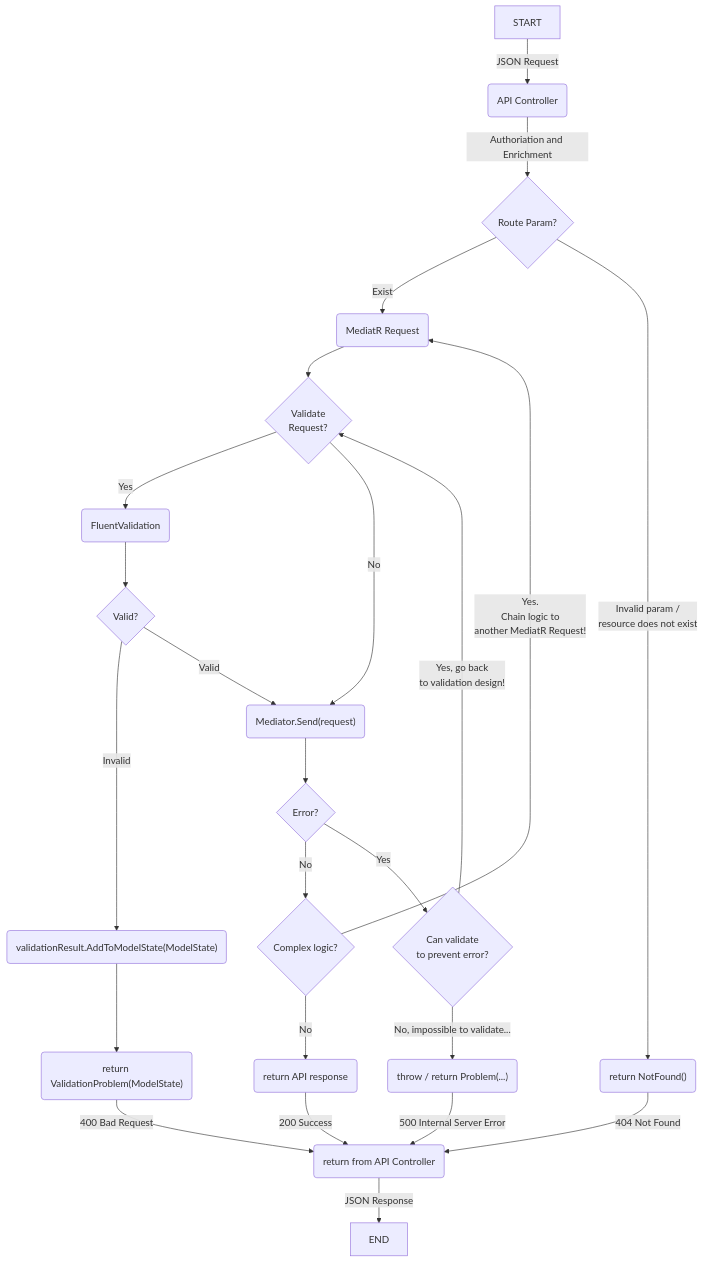
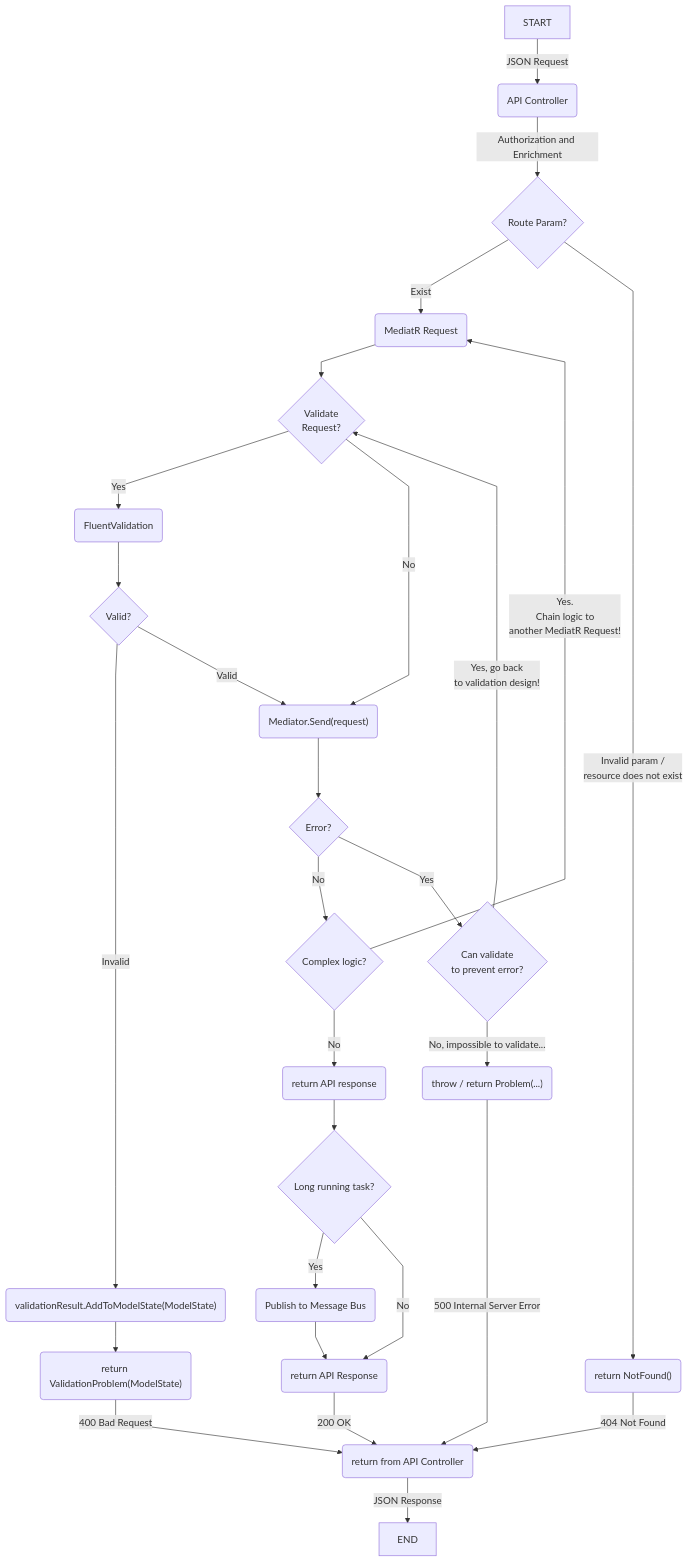
One commit to accelist/Accelist.WebApiStandard changed the diagram in README.md. Above: the diagram before and after it, drawn with Mermaid. The commit also changed other lines of this file and 3 other files, not shown here.

````diff
--- a/README.md
+++ b/README.md
@@ -64,26 +68,31 @@
 ```mermaid
+%%{init: {'flowchart' : {'curve' : 'linear'}}}%%
 graph TD
-    START -->|JSON Request| A(API Controller)
-    A -->|Authoriation and Enrichment| R{Route Param?}
-    R -->|Exist| B(MediatR Request)
-    R -->|Invalid param / <br/> resource does not exist| R404("return NotFound()")
+    START --> |JSON Request| A(API Controller)
+    A --> |Authorization and Enrichment| R{Route Param?}
+    R --> |Exist| B(MediatR Request)
+    R --> |Invalid param / <br/> resource does not exist| R404("return NotFound()")
     R404 --> |404 Not Found| BACK
     B --> C{Validate<br/>Request?}
-    C -->|Yes| D1(FluentValidation)
-    C -->|No| F2
+    C --> |Yes| D1(FluentValidation)
+    C --> |No| F2
     D1 --> E{Valid?}
-    E -->|Invalid| F400("validationResult.AddToModelState(ModelState)")
-    E -->|Valid| F2
+    E --> |Invalid| F400("validationResult.AddToModelState(ModelState)")
+    E --> |Valid| F2
     F400 --> G400("return ValidationProblem(ModelState)")
-    G400 -->|400 Bad Request| BACK
+    G400 --> |400 Bad Request| BACK
     F2("Mediator.Send(request)") --> G{Error?}
-    G --> |No|H{Complex logic?}
-    G --> |Yes|H500{Can validate<br/>to prevent error?}
-    H --> |Yes.<br/>Chain logic to<br/>another MediatR Request!|B
+    G --> |No| H{Complex logic?}
+    G --> |Yes| H500{Can validate<br/>to prevent error?}
+    H --> |Yes.<br/>Chain logic to<br/>another MediatR Request!| B
     H --> |No|I200(return API response)
-    I200 --> |200 Success| BACK
+    I200 --> J200{Long running task?}
+    J200 --> |Yes| KRabbit("Publish to Message Bus")
+    KRabbit --> L200
+    J200 --> |No| L200
+    L200("return API Response") --> |200 OK|BACK
     H500 --> |Yes, go back <br/> to validation design!|C
     H500 --> |No, impossible to validate...|I500("throw / return Problem(...)")
-    I500 --> |500 Internal Server Error| BACK(return from API Controller)
-    BACK --> |JSON Response| END
+    I500 --> |500 Internal Server Error| BACK
+    BACK(return from API Controller) --> |JSON Response| END
 ```
````
